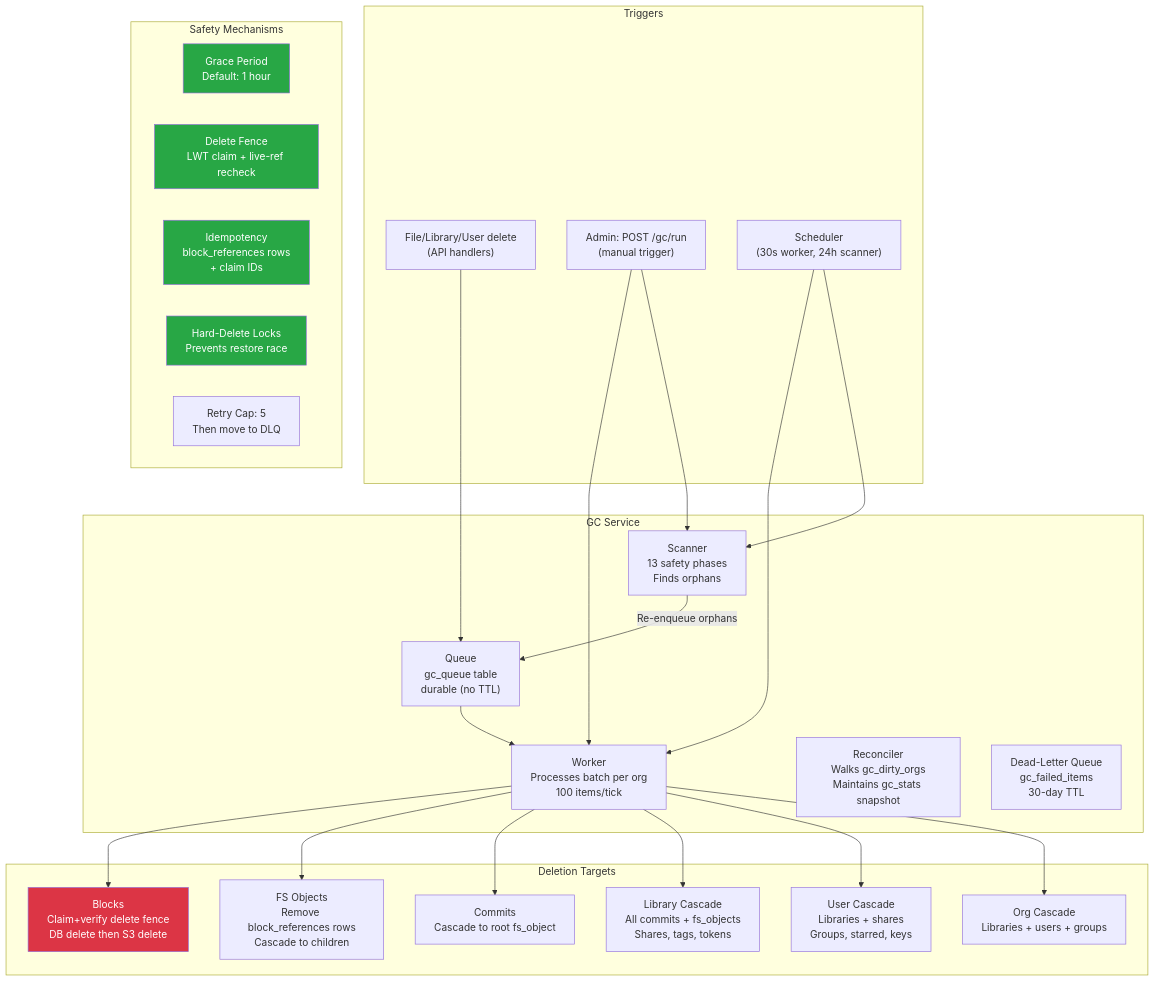
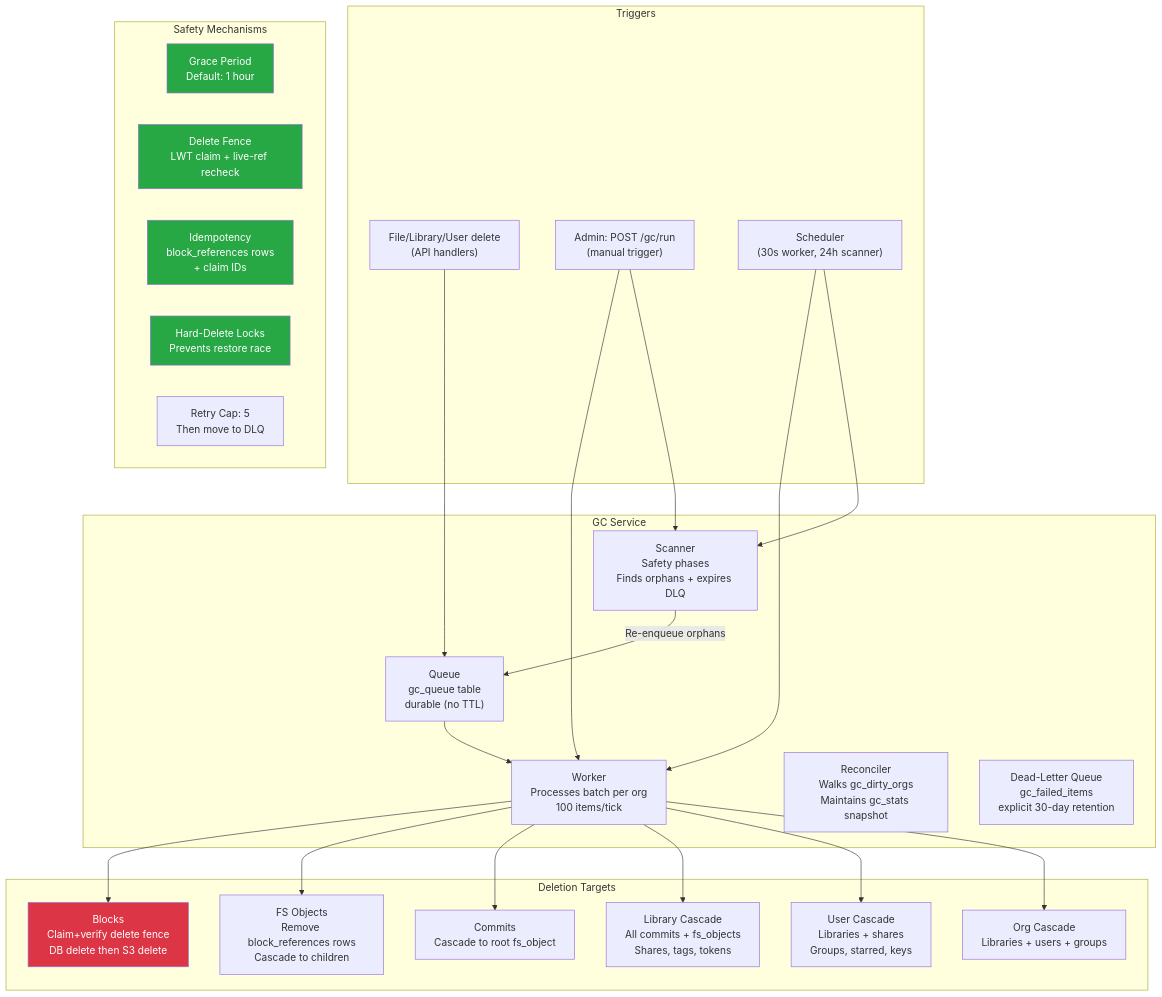
Before and after one commit to Sesame-Disk/cool-storage-api: the diagram in docs/GC-SERVICE-ANALYSIS.md, drawn with Mermaid. The commit also changed other lines of this file and 18 other files, not shown here.

First line of the commit message:
feat(gc): Enhance MockStore with expiry handling for failed items

````diff
--- a/docs/GC-SERVICE-ANALYSIS.md
+++ b/docs/GC-SERVICE-ANALYSIS.md
@@ -12,53 +12,53 @@
 ```mermaid
 flowchart TD
     subgraph Triggers["Triggers"]
         API["File/Library/User delete<br/>(API handlers)"]
         Admin["Admin: POST /gc/run<br/>(manual trigger)"]
         Timer["Scheduler<br/>(30s worker, 24h scanner)"]
     end
 
     subgraph Service["GC Service"]
         Queue["Queue<br/>gc_queue table<br/>durable (no TTL)"]
         Worker["Worker<br/>Processes batch per org<br/>100 items/tick"]
-        Scanner["Scanner<br/>13 safety phases<br/>Finds orphans"]
+        Scanner["Scanner<br/>Safety phases<br/>Finds orphans + expires DLQ"]
         Reconciler["Reconciler<br/>Walks gc_dirty_orgs<br/>Maintains gc_stats snapshot"]
-        DLQ["Dead-Letter Queue<br/>gc_failed_items<br/>30-day TTL"]
+        DLQ["Dead-Letter Queue<br/>gc_failed_items<br/>explicit 30-day retention"]
     end
 
     subgraph Targets["Deletion Targets"]
       Blocks["Blocks<br/>Claim+verify delete fence<br/>DB delete then S3 delete"]
       FSObj["FS Objects<br/>Remove block_references rows<br/>Cascade to children"]
         Commits["Commits<br/>Cascade to root fs_object"]
         Libs["Library Cascade<br/>All commits + fs_objects<br/>Shares, tags, tokens"]
         Users["User Cascade<br/>Libraries + shares<br/>Groups, starred, keys"]
         Orgs["Org Cascade<br/>Libraries + users + groups"]
     end
 
     subgraph Safety["Safety Mechanisms"]
         Grace["Grace Period<br/>Default: 1 hour"]
       LWT["Delete Fence<br/>LWT claim + live-ref recheck"]
          Idempotent["Idempotency<br/>block_references rows<br/>+ claim IDs"]
         Lock["Hard-Delete Locks<br/>Prevents restore race"]
         Retry["Retry Cap: 5<br/>Then move to DLQ"]
     end
 
     API --> Queue
     Timer --> Worker
     Timer --> Scanner
     Admin --> Worker
     Admin --> Scanner
     Scanner -->|"Re-enqueue orphans"| Queue
     Queue --> Worker
     Worker --> Blocks
     Worker --> FSObj
     Worker --> Commits
     Worker --> Libs
     Worker --> Users
     Worker --> Orgs
 
     style Blocks fill:#dc3545,color:#fff
     style Grace fill:#28a745,color:#fff
     style LWT fill:#28a745,color:#fff
     style Idempotent fill:#28a745,color:#fff
     style Lock fill:#28a745,color:#fff
 ```
````
